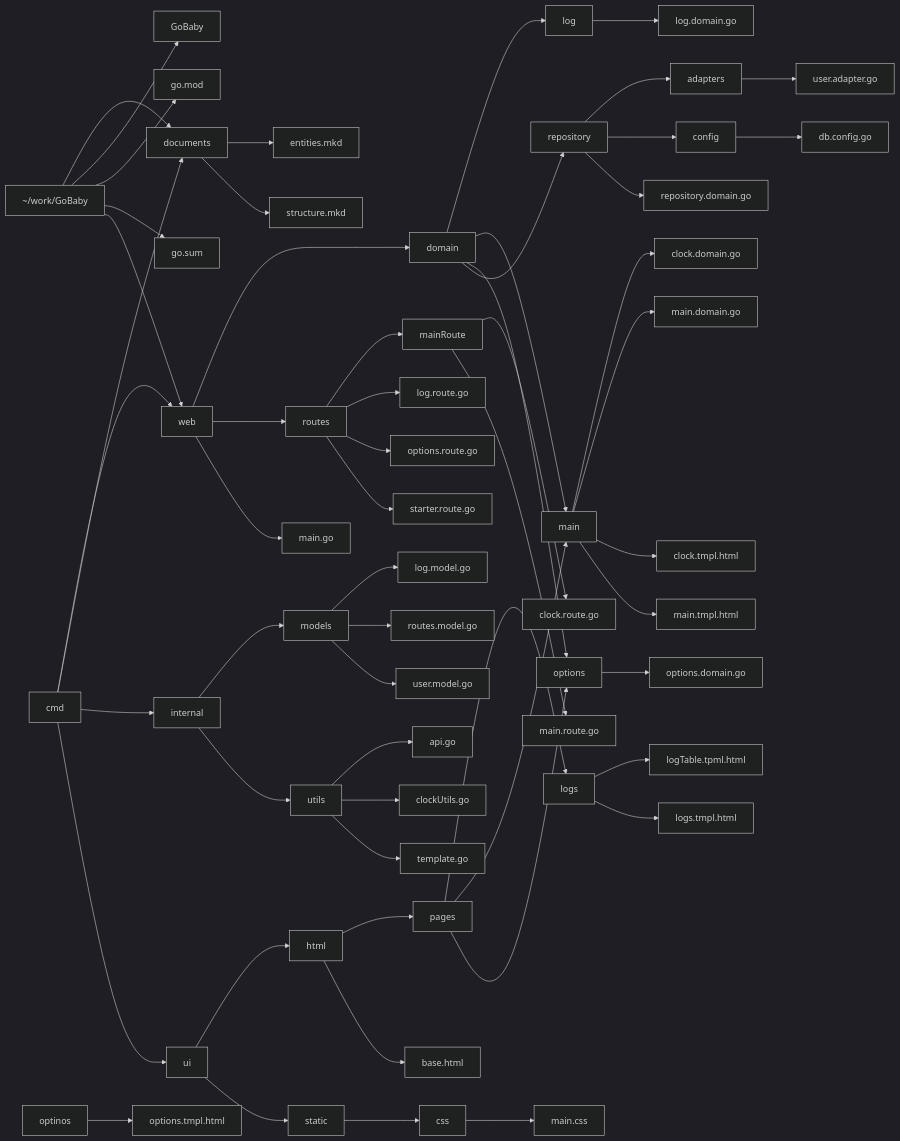
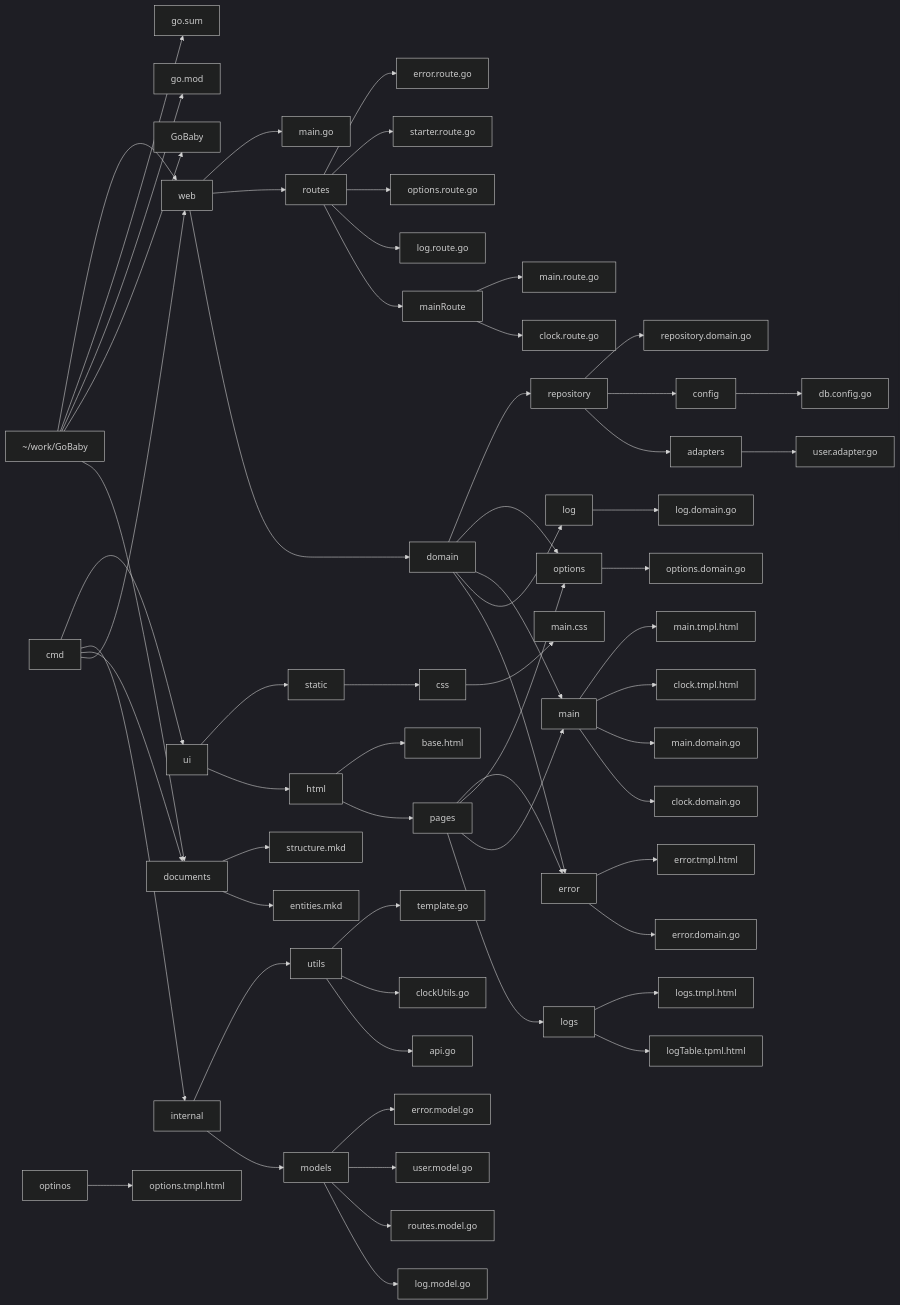
One commit to Gentleman-Programming/GoBaby changed the diagram in readme.md. Above: the diagram before and after it, drawn with Mermaid (dark theme). The commit also changed other lines of this file and 2 other files, not shown here.

````diff
--- a/readme.md
+++ b/readme.md
@@ -32,64 +33,70 @@
 ```mermaid
 graph LR;
 A[~/work/GoBaby]
 
 A --> documents
 A --> GoBaby
 A --> go.mod
 A --> go.sum
 A --> web
 
 cmd --> web
     web --> domain
+        domain --> error
+            error --> error.domain.go
         domain --> log
             log --> log.domain.go
         domain --> main
             main --> clock.domain.go
             main --> main.domain.go
         domain --> options
             options --> options.domain.go
         domain --> repository
             repository --> adapters
                 adapters --> user.adapter.go
             repository --> config
                 config --> db.config.go
             repository --> repository.domain.go
     web --> routes
         routes --> mainRoute
             mainRoute --> clock.route.go
             mainRoute --> main.route.go
         routes --> log.route.go
         routes --> options.route.go
         routes --> starter.route.go
+        routes --> error.route.go
     web --> main.go
 
 cmd --> documents
     documents --> entities.mkd
     documents --> structure.mkd
 
 cmd --> internal
     internal --> models
         models --> log.model.go
         models --> routes.model.go
         models --> user.model.go
+        models --> error.model.go
     internal --> utils
         utils --> api.go
         utils --> clockUtils.go
         utils --> template.go
 
 cmd --> ui
     ui --> html
         html --> pages
             pages --> logs
                 logs --> logTable.tpml.html
                 logs --> logs.tmpl.html
             pages --> main
                 main --> clock.tmpl.html
                 main --> main.tmpl.html
             pages --> options
                 optinos --> options.tmpl.html
+            pages --> error
+                error --> error.tmpl.html
         html --> base.html
     ui --> static
         static --> css
             css --> main.css
 ```
````
